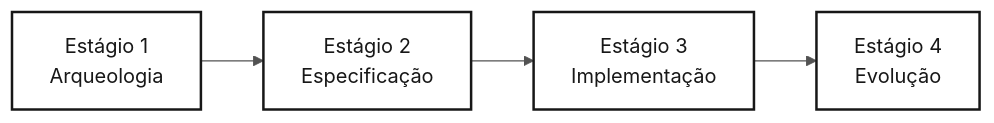
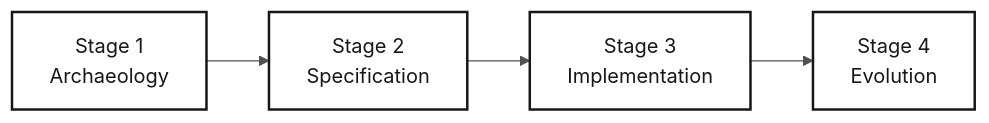
One commit to paulasilvatech/datacorp-mm-team-kit changed the diagram in 05-personas/10-tech-writer/PERSONA.md. Above: the diagram before and after it, drawn with Mermaid. The commit also changed other lines of this file and 44 other files, not shown here.

````diff
--- a/05-personas/10-tech-writer/PERSONA.md
+++ b/05-personas/10-tech-writer/PERSONA.md
@@ -32,10 +32,9 @@
 ```mermaid
 %%{init: {'theme':'neutral','themeVariables':{'fontFamily':'ui-sans-serif, system-ui, sans-serif','primaryColor':'#F5F5F5','primaryTextColor':'#171717','primaryBorderColor':'#171717','lineColor':'#525252','secondaryColor':'#FFFFFF','tertiaryColor':'#FAFAFA','background':'#FFFFFF'}}}%%
 flowchart LR
     classDef step fill:#F5F5F5,stroke:#171717,color:#171717
     classDef active fill:#FFFFFF,stroke:#171717,color:#171717,stroke-width:2px
-
-    S1["Estágio 1<br/>Arqueologia"]:::active --> S2["Estágio 2<br/>Especificação"]:::active
-    S2 --> S3["Estágio 3<br/>Implementação"]:::active
-    S3 --> S4["Estágio 4<br/>Evolução"]:::active
+    S1["Stage 1<br/>Archaeology"]:::active --> S2["Stage 2<br/>Specification"]:::active
+    S2 --> S3["Stage 3<br/>Implementation"]:::active
+    S3 --> S4["Stage 4<br/>Evolution"]:::active
 ```
````
